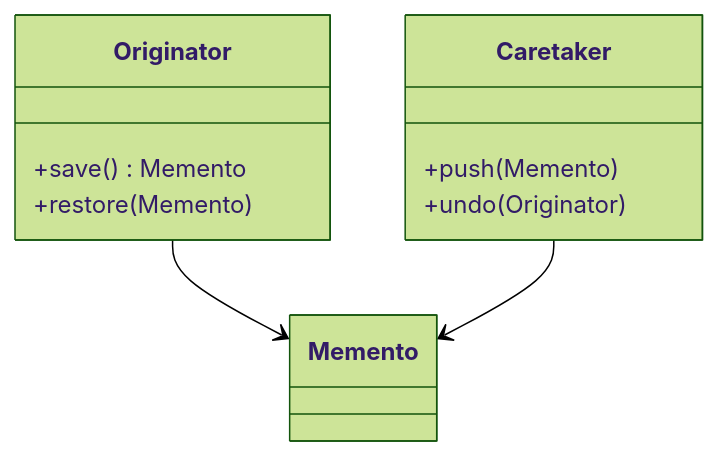
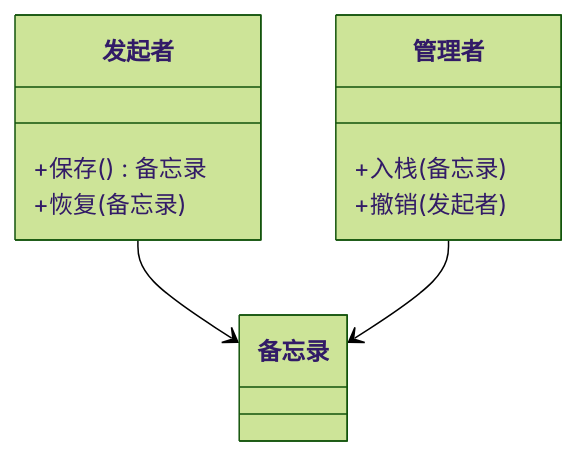
The diagram in src/设计模式/行为模式/备忘录模式.md (xlb3055/newBlog), drawn with Mermaid (forest theme) before and after one commit. The commit also changed other lines of this file and 17 other files, not shown here.

````diff
--- a/src/设计模式/行为模式/备忘录模式.md
+++ b/src/设计模式/行为模式/备忘录模式.md
@@ -32,15 +32,15 @@
 ```mermaid
 classDiagram
-    class Originator {
-      +save() Memento
-      +restore(Memento)
+    class 发起者 {
+      +保存() 备忘录
+      +恢复(备忘录)
     }
-    class Memento
-    class Caretaker {
-      +push(Memento)
-      +undo(Originator)
+    class 备忘录
+    class 管理者 {
+      +入栈(备忘录)
+      +撤销(发起者)
     }
 
-    Originator --> Memento
-    Caretaker --> Memento
+    发起者 --> 备忘录
+    管理者 --> 备忘录
 ```
````
